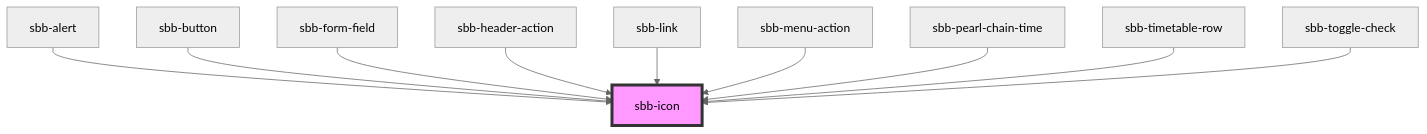
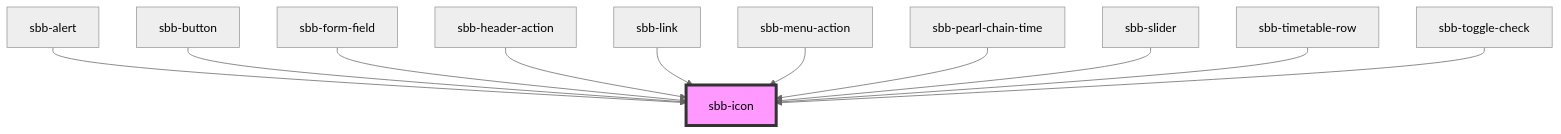
Before and after one commit to sbb-design-systems/lyne-components: the diagram in src/components/sbb-icon/readme.md, drawn with Mermaid (neutral theme). The commit also changed other lines of this file and 10 other files, not shown here.

Commit message:
feat: first implementation of sbb-slider

````diff
--- a/src/components/sbb-icon/readme.md
+++ b/src/components/sbb-icon/readme.md
@@ -110,13 +111,14 @@
 ```mermaid
 graph TD;
   sbb-alert --> sbb-icon
   sbb-button --> sbb-icon
   sbb-form-field --> sbb-icon
   sbb-header-action --> sbb-icon
   sbb-link --> sbb-icon
   sbb-menu-action --> sbb-icon
   sbb-pearl-chain-time --> sbb-icon
+  sbb-slider --> sbb-icon
   sbb-timetable-row --> sbb-icon
   sbb-toggle-check --> sbb-icon
   style sbb-icon fill:#f9f,stroke:#333,stroke-width:4px
 ```
````
